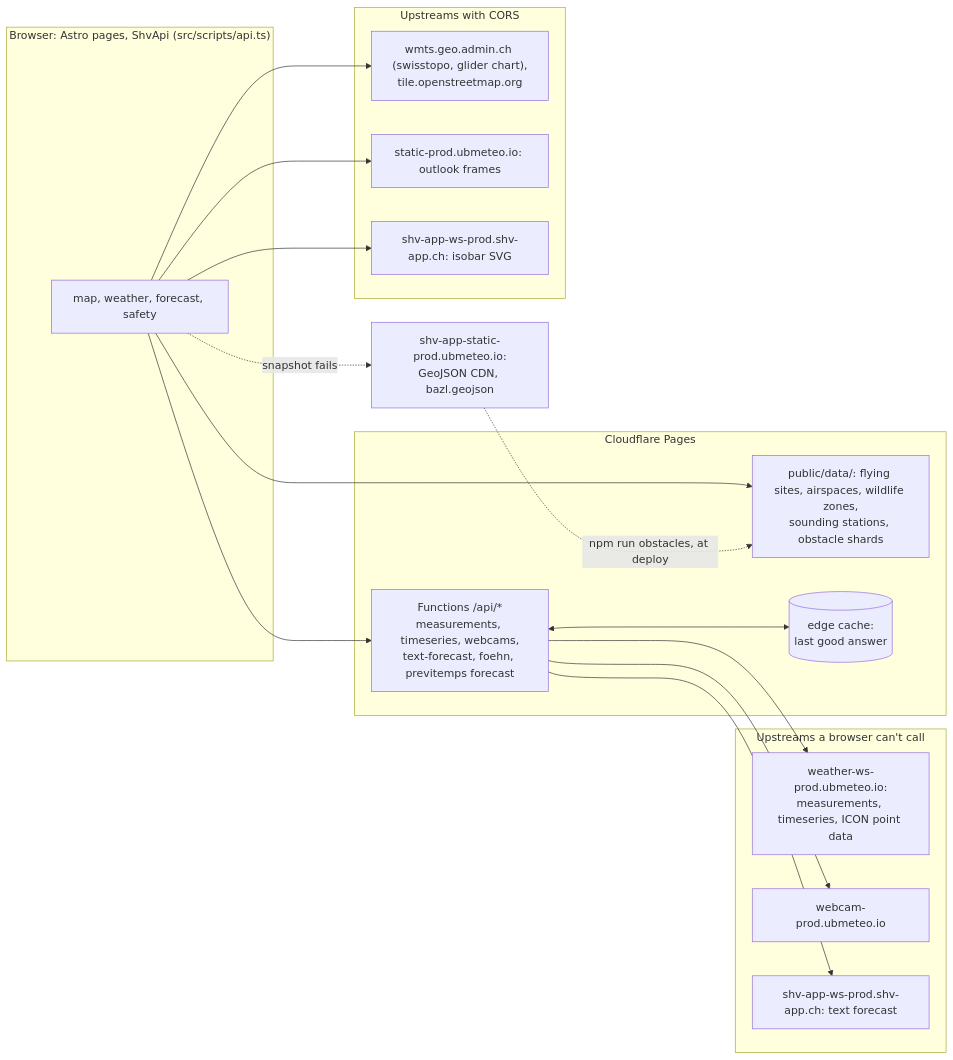
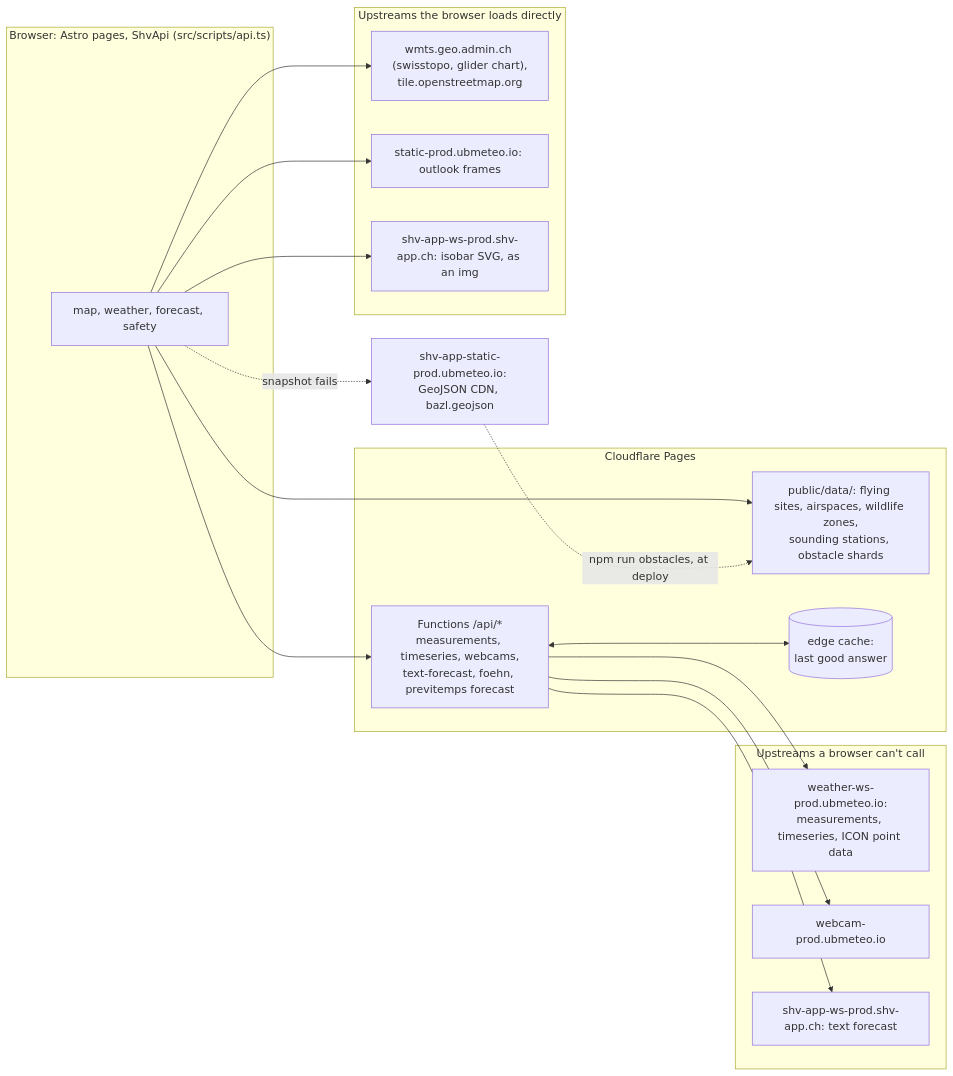
One commit to simonsteiner/shv-meteo-web changed the diagram in docs/architecture.md. Above: the diagram before and after it, drawn with Mermaid. The commit also changed other lines of this file, not shown here.

Commit message:
docs(architecture): say the isobar chart loads as an img, not over CORS
- the diagram grouped the isobar SVG under "Upstreams with CORS", but its host sends no CORS header (the text forecast from it is proxied); it loads as an <img>, which needs none, so the group is now "Upstreams the browser loads directly" and the node says "as an img"
- the closing line claimed every arrow is a row in data-queries.md; the edge cache and the Pages arrows have none, so it now says each upstream has a row

````diff
--- a/docs/architecture.md
+++ b/docs/architecture.md
@@ -5,30 +5,30 @@
 ```mermaid
 flowchart LR
   subgraph browser["Browser: Astro pages, ShvApi (src/scripts/api.ts)"]
     pages["map, weather, forecast, safety"]
   end
   subgraph pagesdev["Cloudflare Pages"]
     static["public/data/: flying sites, airspaces, wildlife zones,<br/>sounding stations, obstacle shards"]
     fn["Functions /api/*<br/>measurements, timeseries, webcams,<br/>text-forecast, foehn, previtemps forecast"]
     cache[("edge cache:<br/>last good answer")]
   end
-  subgraph direct["Upstreams with CORS"]
+  subgraph direct["Upstreams the browser loads directly"]
     tiles["wmts.geo.admin.ch (swisstopo, glider chart),<br/>tile.openstreetmap.org"]
     outlooks["static-prod.ubmeteo.io: outlook frames"]
-    isobars["shv-app-ws-prod.shv-app.ch: isobar SVG"]
+    isobars["shv-app-ws-prod.shv-app.ch: isobar SVG, as an img"]
   end
   subgraph proxied["Upstreams a browser can't call"]
     weather["weather-ws-prod.ubmeteo.io:<br/>measurements, timeseries, ICON point data"]
     webcams["webcam-prod.ubmeteo.io"]
     text["shv-app-ws-prod.shv-app.ch: text forecast"]
   end
   cdn["shv-app-static-prod.ubmeteo.io:<br/>GeoJSON CDN, bazl.geojson"]
 
   pages --> static
   pages --> fn
   pages --> tiles & outlooks & isobars
   pages -. "snapshot fails" .-> cdn
   fn --> weather & webcams & text
   fn <--> cache
   cdn -. "npm run obstacles, at deploy" .-> static
 ```
````
